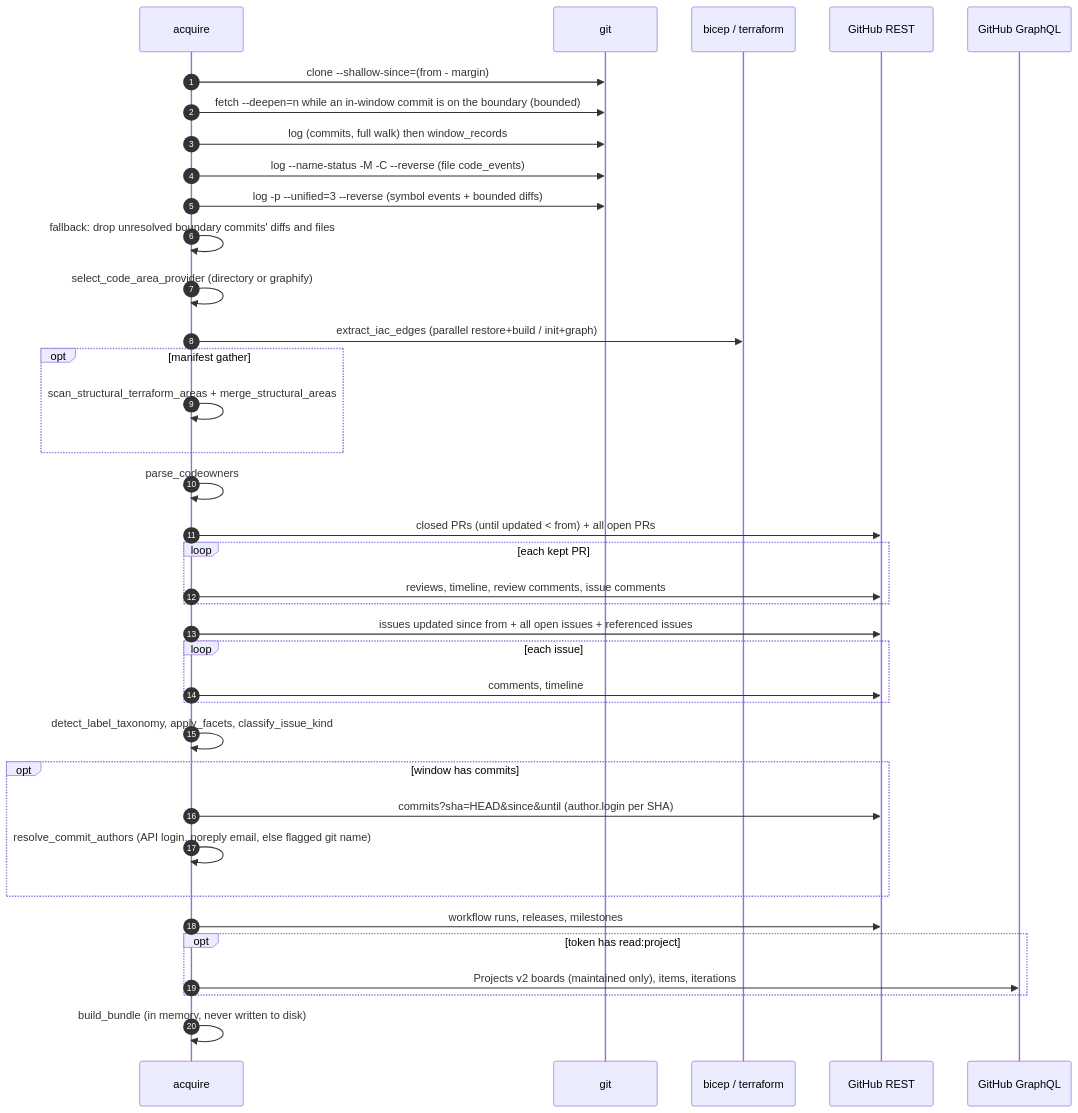
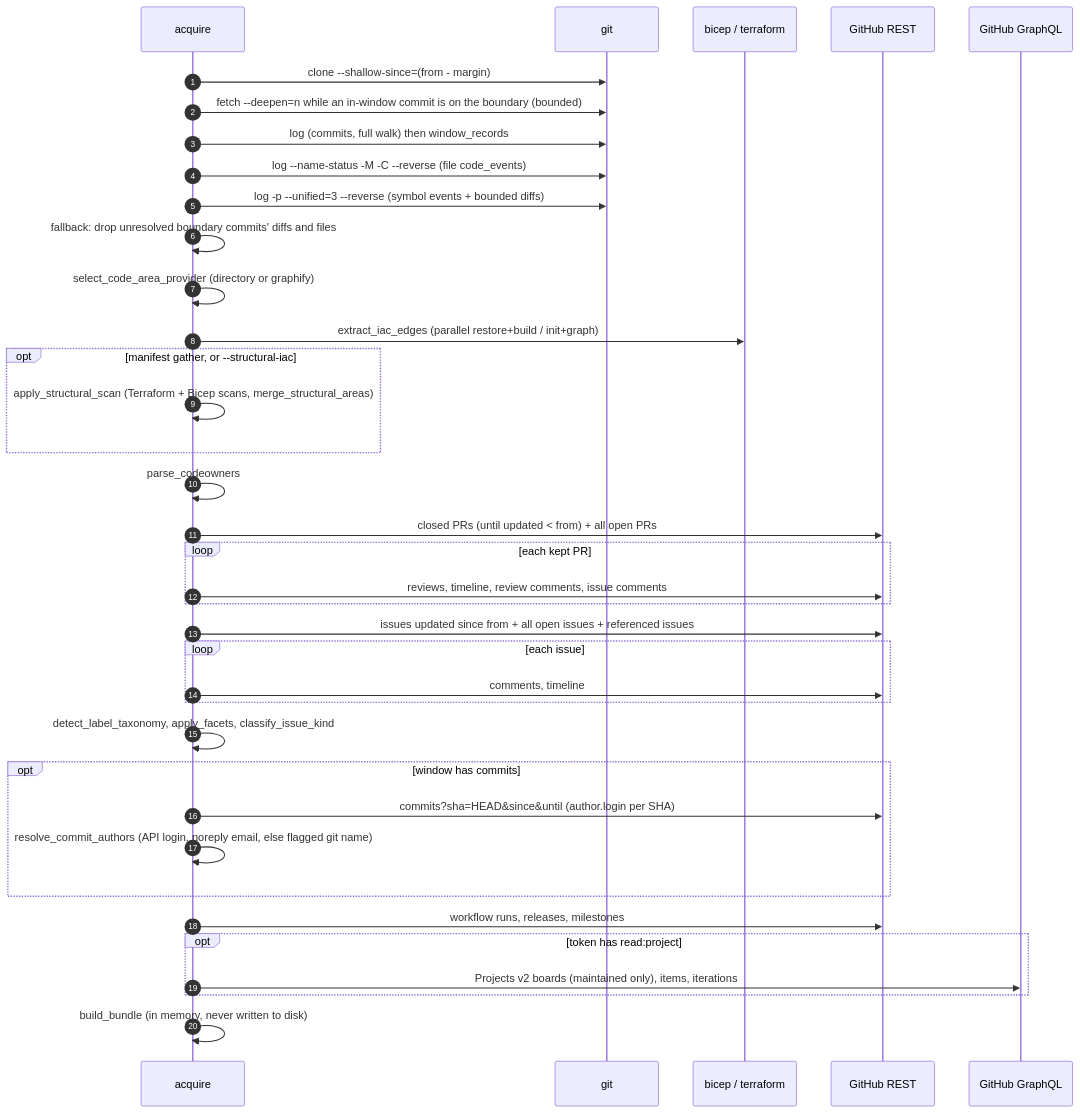
One commit to DamianFlynn/experiments changed the second of 12 diagrams in .claude/skills/activity-overview/docs/LLD.md. Above: the diagram before and after it, drawn with Mermaid. The commit also changed other lines of this file and 11 other files, not shown here.

````diff
--- a/.claude/skills/activity-overview/docs/LLD.md
+++ b/.claude/skills/activity-overview/docs/LLD.md
@@ -143,39 +143,39 @@
 ```mermaid
 sequenceDiagram
   autonumber
   participant A as acquire
   participant Git as git
   participant IaC as bicep / terraform
   participant REST as GitHub REST
   participant GQL as GitHub GraphQL
   A->>Git: clone --shallow-since=(from - margin)
   A->>Git: fetch --deepen=n while an in-window commit is on the boundary (bounded)
   A->>Git: log (commits, full walk) then window_records
   A->>Git: log --name-status -M -C --reverse (file code_events)
   A->>Git: log -p --unified=3 --reverse (symbol events + bounded diffs)
   A->>A: fallback: drop unresolved boundary commits' diffs and files
   A->>A: select_code_area_provider (directory or graphify)
   A->>IaC: extract_iac_edges (parallel restore+build / init+graph)
-  opt manifest gather
-    A->>A: scan_structural_terraform_areas + merge_structural_areas
+  opt manifest gather, or --structural-iac
+    A->>A: apply_structural_scan (Terraform + Bicep scans, merge_structural_areas)
   end
   A->>A: parse_codeowners
   A->>REST: closed PRs (until updated < from) + all open PRs
   loop each kept PR
     A->>REST: reviews, timeline, review comments, issue comments
   end
   A->>REST: issues updated since from + all open issues + referenced issues
   loop each issue
     A->>REST: comments, timeline
   end
   A->>A: detect_label_taxonomy, apply_facets, classify_issue_kind
   opt window has commits
     A->>REST: commits?sha=HEAD&since&until (author.login per SHA)
     A->>A: resolve_commit_authors (API login, noreply email, else flagged git name)
   end
   A->>REST: workflow runs, releases, milestones
   opt token has read:project
     A->>GQL: Projects v2 boards (maintained only), items, iterations
   end
   A->>A: build_bundle (in memory, never written to disk)
 ```
````
